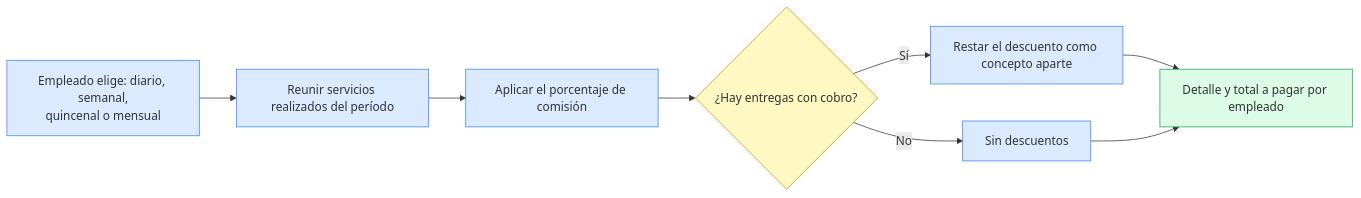
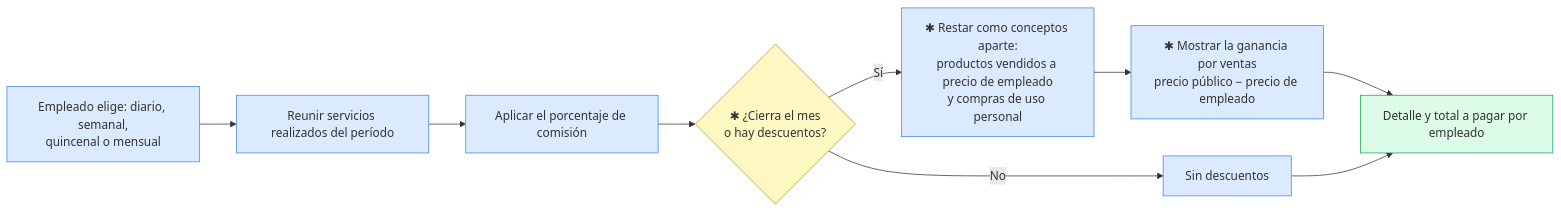
One commit to svzapatac/Citara changed the fifth of 8 diagrams in docs/flujos-por-modulo.md. Above: the diagram before and after it, drawn with Mermaid. The commit also changed other lines of this file and 7 other files, not shown here.

First line of the commit message:
Barbería y cejas, productos con descuento mensual, dotación por área, turnos múltiples, documentos sin vencimiento

````diff
--- a/docs/flujos-por-modulo.md
+++ b/docs/flujos-por-modulo.md
@@ -106,16 +110,17 @@
 ```mermaid
 flowchart LR
     A[Empleado elige: diario, semanal,<br/>quincenal o mensual] --> B[Reunir servicios realizados del período]
     B --> C[Aplicar el porcentaje de comisión]
-    C --> D{¿Hay entregas con cobro?}
-    D -- Sí --> E[Restar el descuento como concepto aparte]
-    E --> F[Detalle y total a pagar por empleado]
+    C --> D{✱ ¿Cierra el mes<br/>o hay descuentos?}
+    D -- Sí --> E[✱ Restar como conceptos aparte:<br/>productos vendidos a precio de empleado<br/>y compras de uso personal]
+    E --> E2[✱ Mostrar la ganancia por ventas<br/>precio público − precio de empleado]
+    E2 --> F[Detalle y total a pagar por empleado]
     D -- No --> G[Sin descuentos]
     G --> F
     classDef paso fill:#dbeafe,stroke:#3b82f6
     classDef dec fill:#fef9c3,stroke:#ca8a04
     classDef ok fill:#dcfce7,stroke:#16a34a
-    class A,B,C,E,G paso
+    class A,B,C,E,E2,G paso
     class D dec
     class F ok
 ```
````
